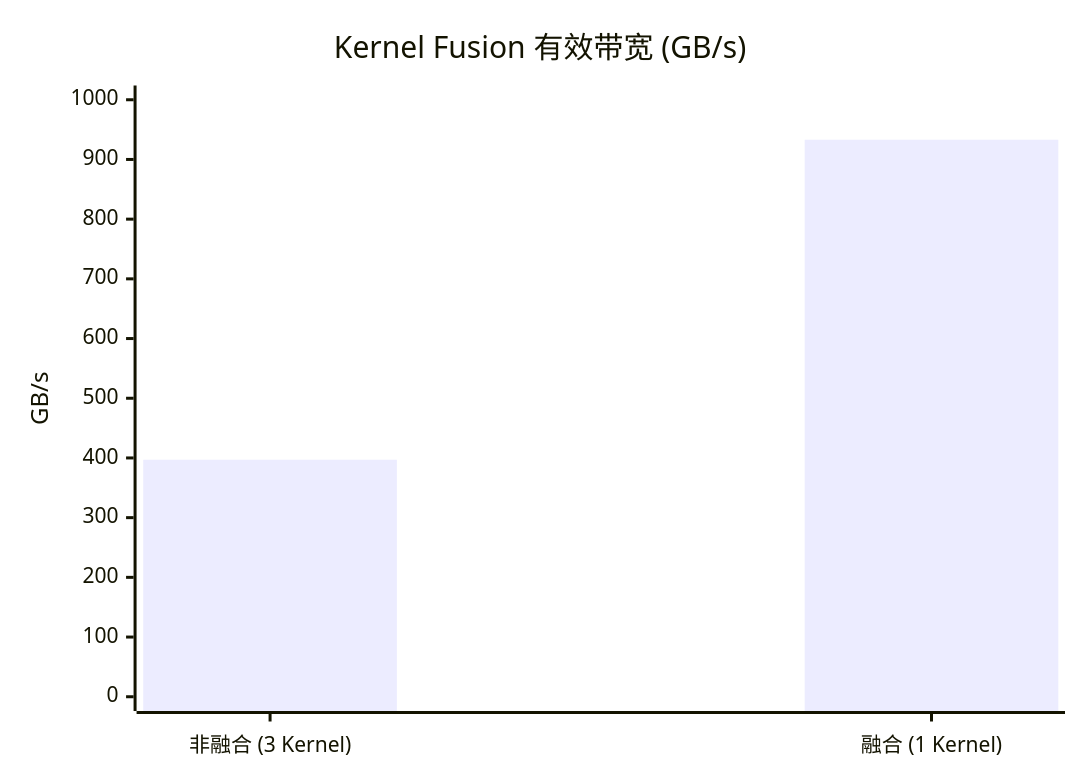
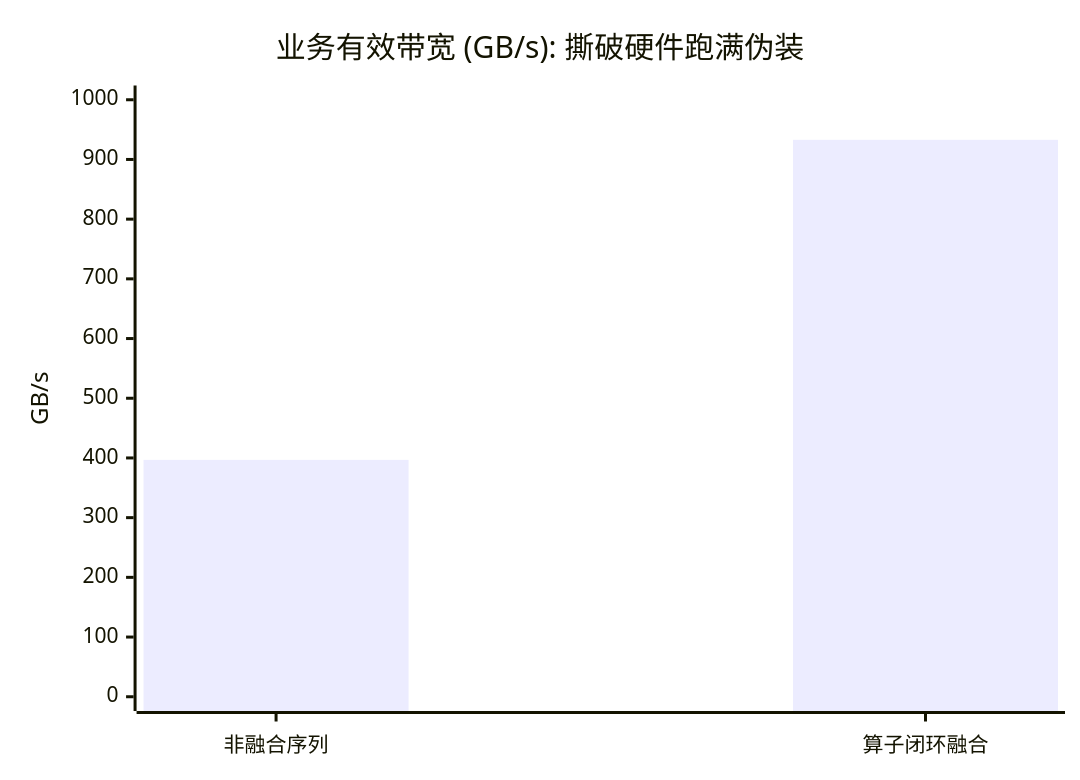
Before and after one commit to psmarter/CUDA-Practice: the first of 2 diagrams in Blogs/11_Inference_Optimization_Fusion_KVCache.md, drawn with Mermaid. The commit also changed other lines of this file and 14 other files, not shown here.

````diff
--- a/Blogs/11_Inference_Optimization_Fusion_KVCache.md
+++ b/Blogs/11_Inference_Optimization_Fusion_KVCache.md
@@ -70,7 +110,7 @@
 ```mermaid
 xychart-beta
-  title "Kernel Fusion 有效带宽 (GB/s)"
-  x-axis ["非融合 (3 Kernel)", "融合 (1 Kernel)"]
+  title "业务有效带宽 (GB/s): 撕破硬件跑满伪装"
+  x-axis ["非融合序列", "算子闭环融合"]
   y-axis "GB/s" 0 --> 1000
-  bar [397, 933]
+  bar [396.79, 932.85]
 ```
````
